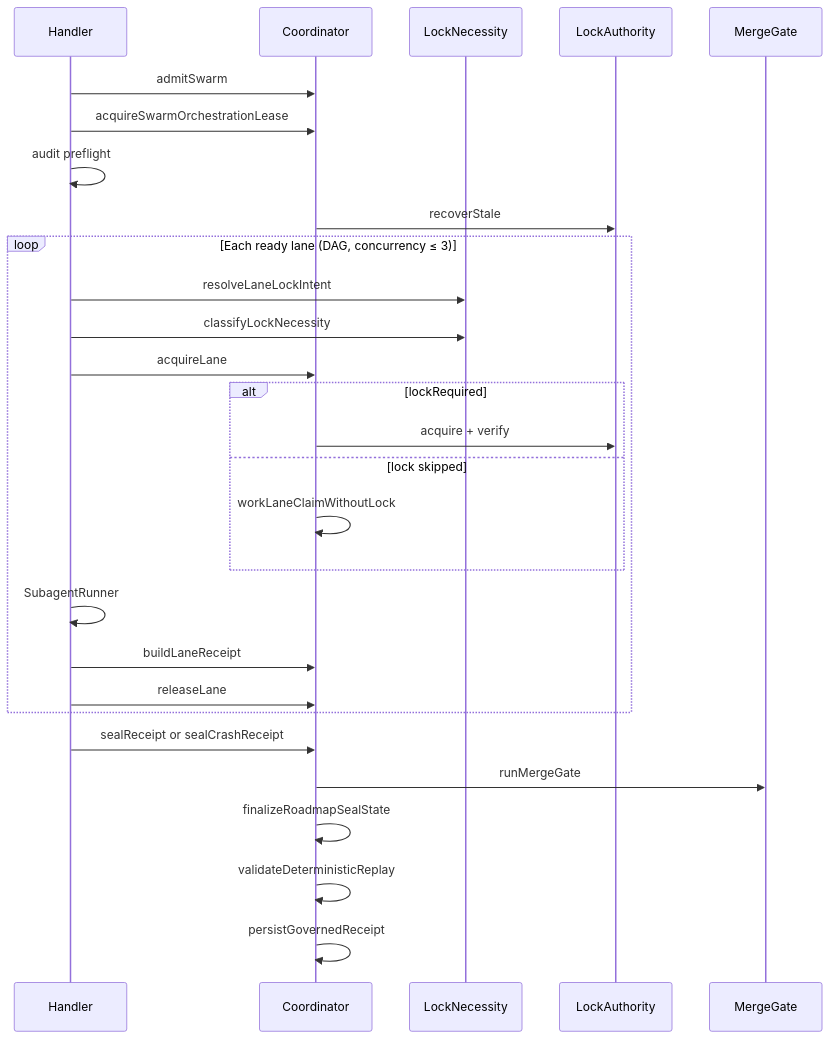
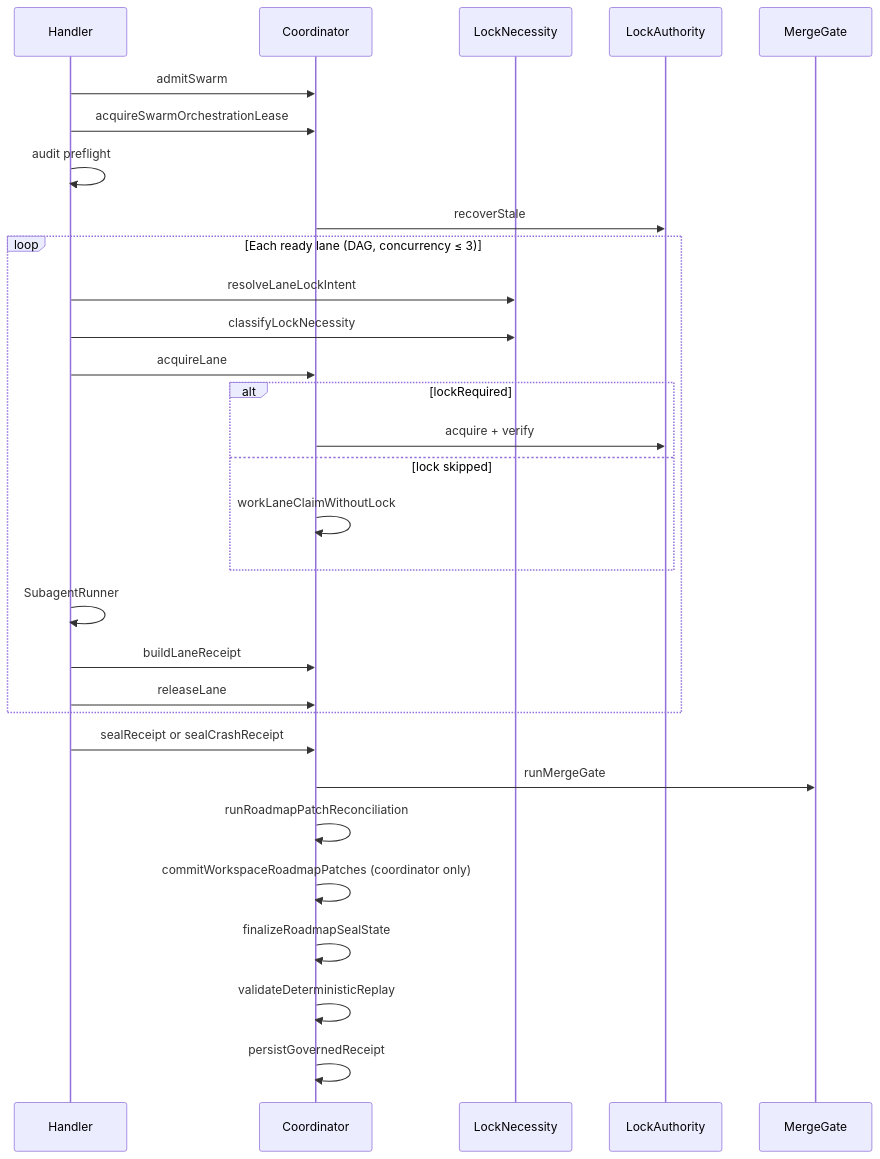
One commit to CardSorting/LUMI changed the second of 3 diagrams in docs/governed-subagent-execution.md. Above: the diagram before and after it, drawn with Mermaid. The commit also changed other lines of this file and 9 other files, not shown here.

````diff
--- a/docs/governed-subagent-execution.md
+++ b/docs/governed-subagent-execution.md
@@ -115,33 +121,35 @@
 ```mermaid
 sequenceDiagram
   participant H as Handler
   participant C as Coordinator
   participant N as LockNecessity
   participant A as LockAuthority
   participant M as MergeGate
 
   H->>C: admitSwarm
   H->>C: acquireSwarmOrchestrationLease
   H->>H: audit preflight
   C->>A: recoverStale
 
   loop Each ready lane (DAG, concurrency ≤ 3)
     H->>N: resolveLaneLockIntent
     H->>N: classifyLockNecessity
     H->>C: acquireLane
     alt lockRequired
       C->>A: acquire + verify
     else lock skipped
       C->>C: workLaneClaimWithoutLock
     end
     H->>H: SubagentRunner
     H->>C: buildLaneReceipt
     H->>C: releaseLane
   end
 
   H->>C: sealReceipt or sealCrashReceipt
   C->>M: runMergeGate
+  C->>C: runRoadmapPatchReconciliation
+  C->>C: commitWorkspaceRoadmapPatches (coordinator only)
   C->>C: finalizeRoadmapSealState
   C->>C: validateDeterministicReplay
   C->>C: persistGovernedReceipt
 ```
````
